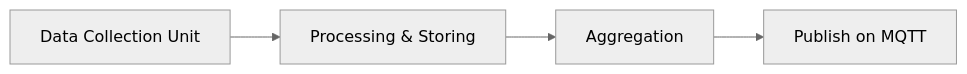
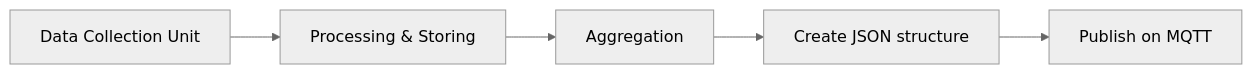
Before and after one commit to Svdwege/wikiWip: the diagram in Home/Data Transmission.adoc, drawn with Mermaid (neutral theme).

Commit message:
chore: add the JSON structure to dataflow diagram

```diff
--- a/Home/Data Transmission.adoc
+++ b/Home/Data Transmission.adoc
@@ -8,9 +8,9 @@
 [mermaid]
 ----
 graph LR
-    Data_Collector[Data Collection Unit] --> Processing_Storing[Processing & Storing]
+    data_collector[Data Collection Unit] --> processing_storing[Processing & Storing]
+    processing_storing --> aggregation[Aggregation]
 
-    Processing_Storing --> Aggregation[Aggregation]
-
-    Aggregation --> Publish_MQTT[Publish on MQTT]
+    aggregation --> createjson[Create JSON structure]
+    createjson --> Publish_mqtt[Publish on MQTT]
 ----
```
